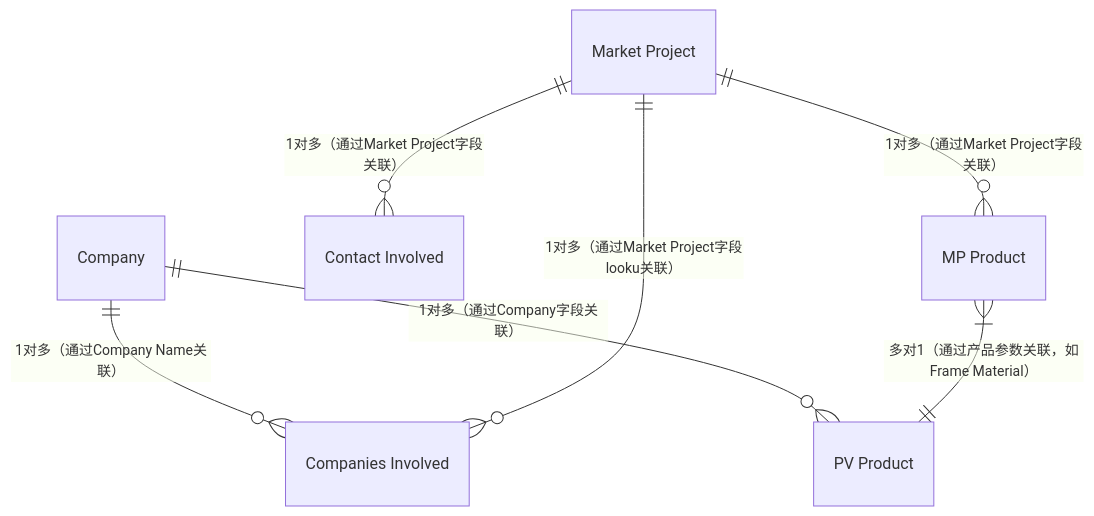
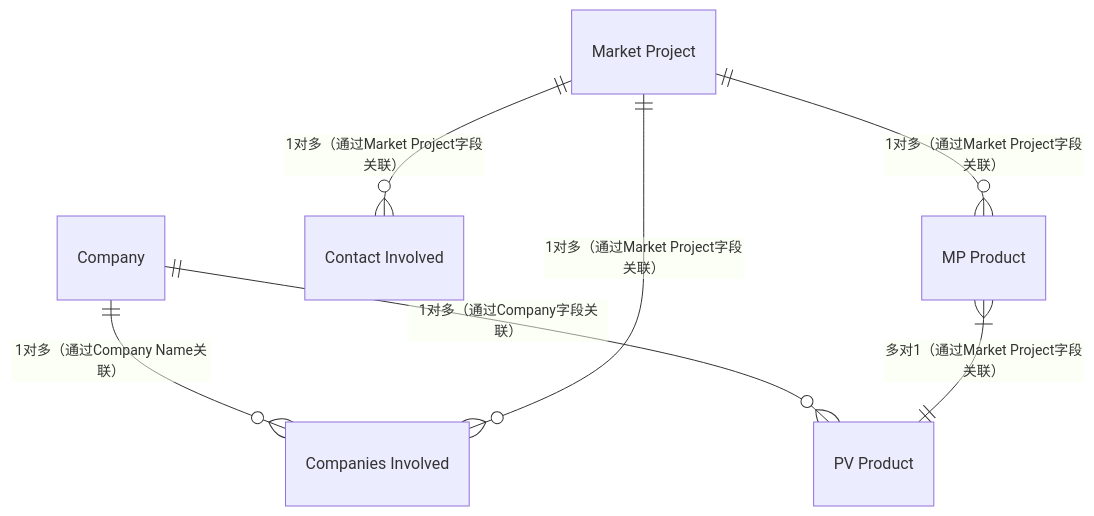
Before and after one commit to zhangziru-33/iodraw-files: the diagram in all/未命名.md, drawn with Mermaid.

Commit message:
2025-12-04 11:06:19 update

````diff
--- a/all/未命名.md
+++ b/all/未命名.md
@@ -1,10 +1,10 @@
 ```mermaid
 erDiagram
     Company ||--o{ "Companies Involved" : "1对多（通过Company Name关联）"
     Company ||--o{ "PV Product" : "1对多（通过Company字段关联）"
-    "Market Project" ||--o{ "Companies Involved" : "1对多（通过Market Project字段looku关联）"
+    "Market Project" ||--o{ "Companies Involved" : "1对多（通过Market Project字段关联）"
     "Market Project" ||--o{ "Contact Involved" : "1对多（通过Market Project字段关联）"
     "Market Project" ||--o{ "MP Product" : "1对多（通过Market Project字段关联）"
-    "MP Product" }|--|| "PV Product" : "多对1（通过产品参数关联，如Frame Material）"
+    "MP Product" }|--|| "PV Product" : "多对1（通过Market Project字段关联）"
     
 ```
````
